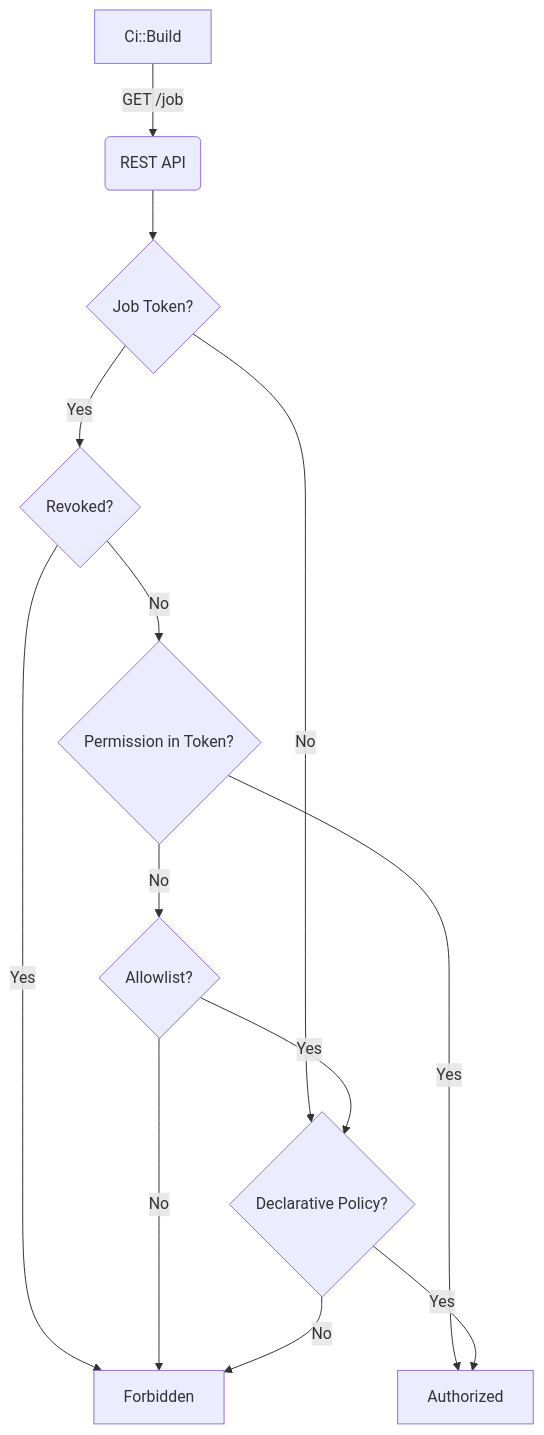
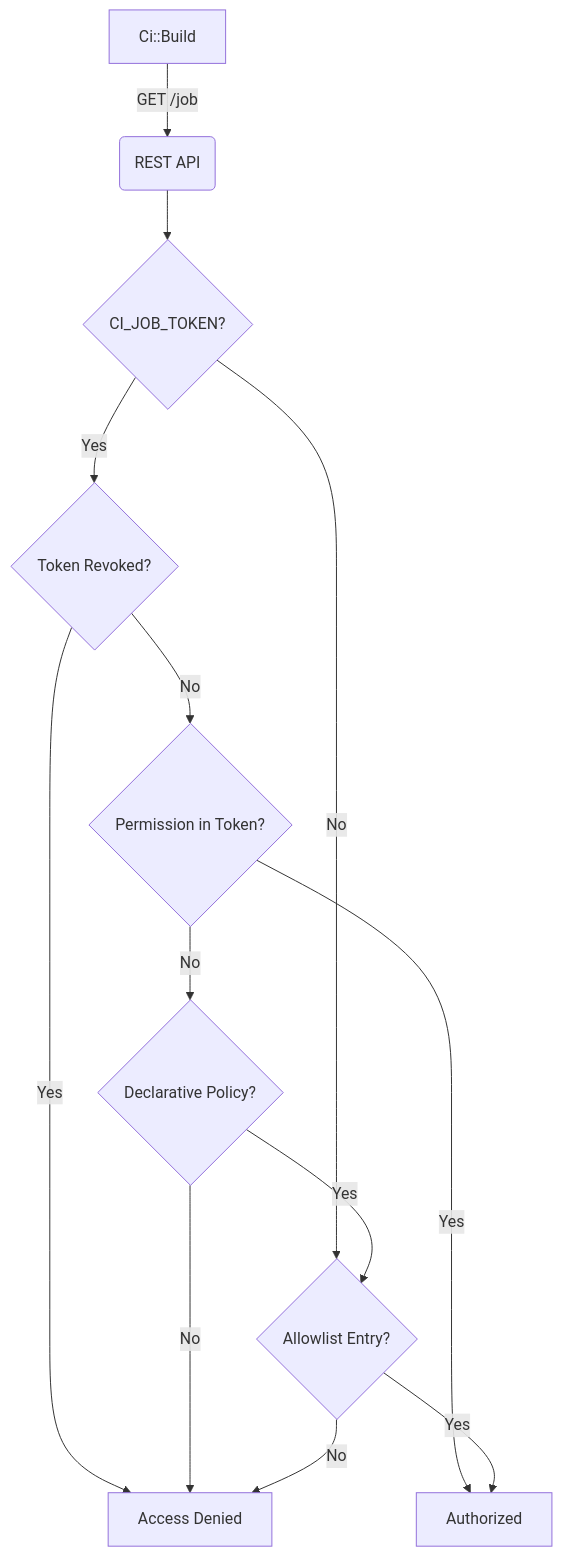
The second of 2 diagrams in content/handbook/engineering/architecture/design-documents/ci_job_token/_index.md (moliver28/research-handbook), drawn with Mermaid before and after one commit. The commit also changed other lines of this file, not shown here.

````diff
--- a/content/handbook/engineering/architecture/design-documents/ci_job_token/_index.md
+++ b/content/handbook/engineering/architecture/design-documents/ci_job_token/_index.md
@@ -139,15 +173,15 @@
 ```mermaid
 flowchart TD
     A[Ci::Build] -->|GET /job | B(REST API)
-    B --> C{Job Token?}
-    C -->|Yes| D{Revoked?}
-    C -->|No| E{Declarative Policy?}
-    D -->|Yes| F[Forbidden]
+    B --> C{CI_JOB_TOKEN?}
+    C -->|Yes| D{Token Revoked?}
+    C -->|No| E{Allowlist Entry?}
+    D -->|Yes| F[Access Denied]
     D -->|No| G{Permission in Token?}
     G -->|Yes| H[Authorized]
-    G -->|No| I{Allowlist?}
+    G -->|No| I{Declarative Policy?}
     I -->|Yes| E
     I -->|No| F
     E -->|Yes| H
     E -->|No| F
 ```
````
